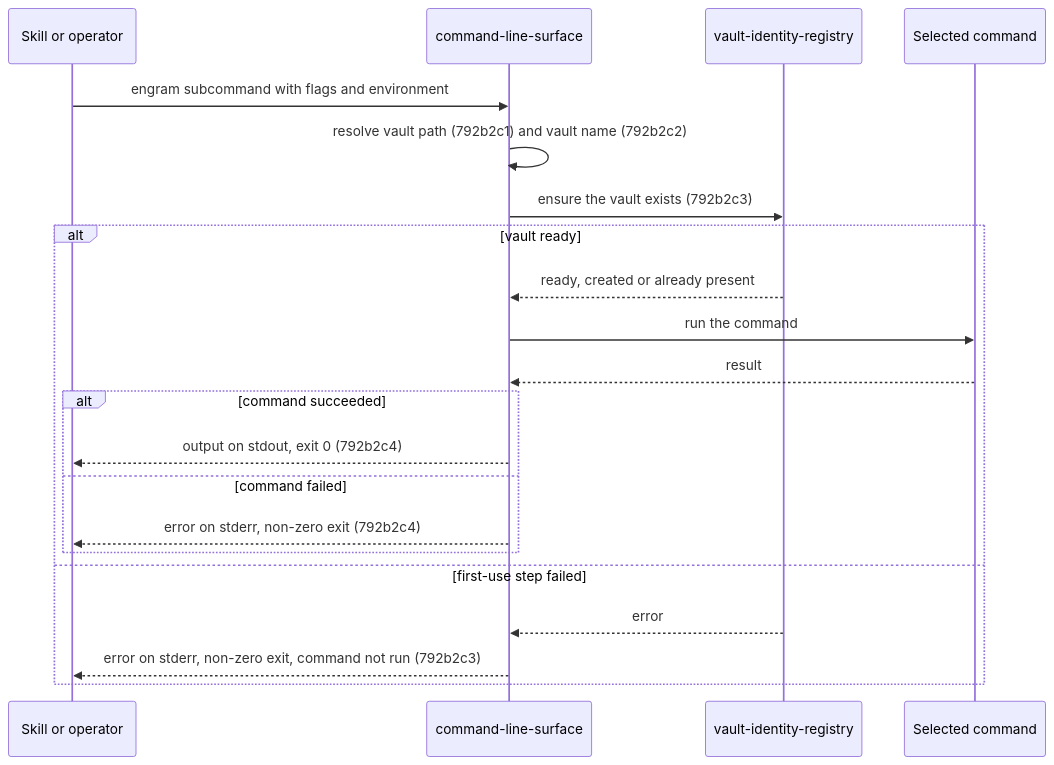
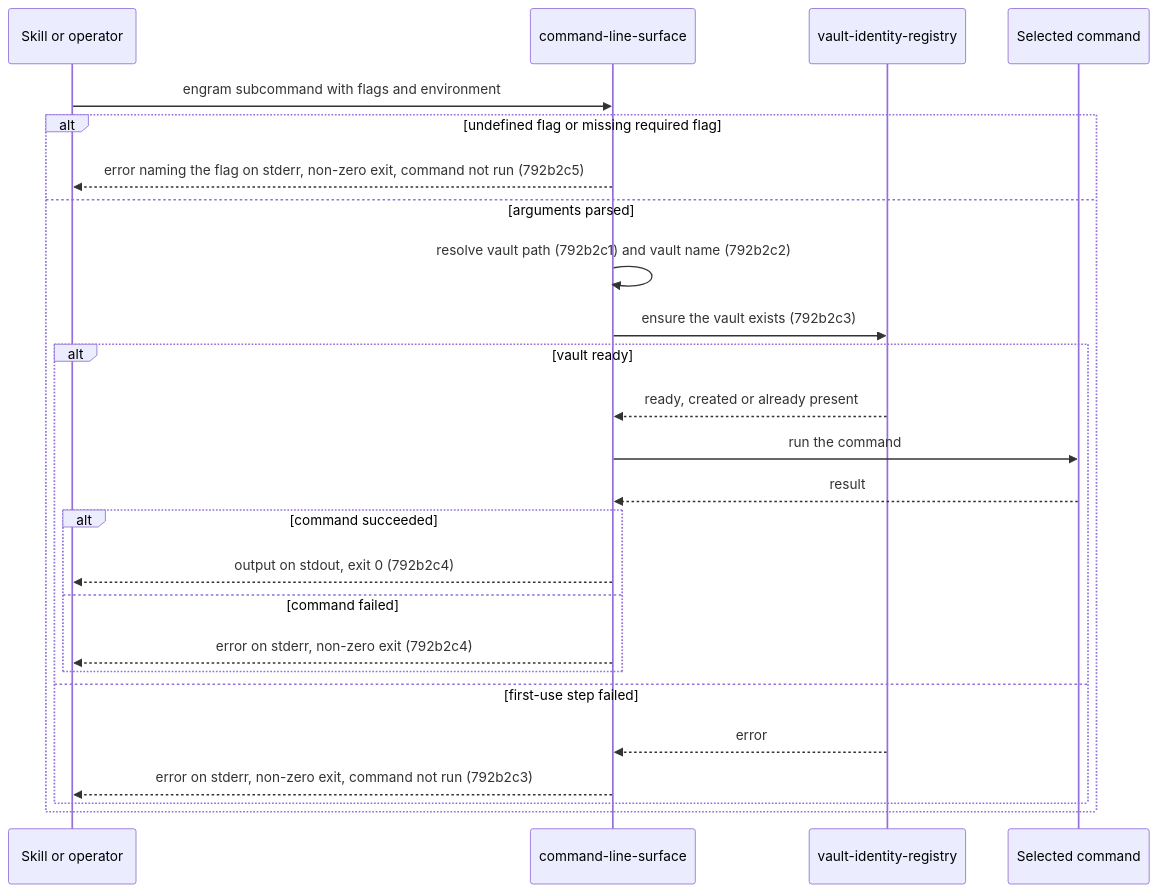
Before and after one commit to toejough/engram: the first of 5 diagrams in docs/changes/792_documentation-framework-adoption/792b_technical-spec.md, drawn with Mermaid. The commit also changed other lines of this file and 16 other files, not shown here.

````diff
--- a/docs/changes/792_documentation-framework-adoption/792b_technical-spec.md
+++ b/docs/changes/792_documentation-framework-adoption/792b_technical-spec.md
@@ -66,23 +66,27 @@
 ```mermaid
 sequenceDiagram
   participant Caller as Skill or operator
   participant CLI as command-line-surface
   participant Registry as vault-identity-registry
   participant Command as Selected command
   Caller->>CLI: engram subcommand with flags and environment
-  CLI->>CLI: resolve vault path (792b2c1) and vault name (792b2c2)
-  CLI->>Registry: ensure the vault exists (792b2c3)
-  alt vault ready
-    Registry-->>CLI: ready, created or already present
-    CLI->>Command: run the command
-    Command-->>CLI: result
-    alt command succeeded
-      CLI-->>Caller: output on stdout, exit 0 (792b2c4)
-    else command failed
-      CLI-->>Caller: error on stderr, non-zero exit (792b2c4)
+  alt undefined flag or missing required flag
+    CLI-->>Caller: error naming the flag on stderr, non-zero exit, command not run (792b2c5)
+  else arguments parsed
+    CLI->>CLI: resolve vault path (792b2c1) and vault name (792b2c2)
+    CLI->>Registry: ensure the vault exists (792b2c3)
+    alt vault ready
+      Registry-->>CLI: ready, created or already present
+      CLI->>Command: run the command
+      Command-->>CLI: result
+      alt command succeeded
+        CLI-->>Caller: output on stdout, exit 0 (792b2c4)
+      else command failed
+        CLI-->>Caller: error on stderr, non-zero exit (792b2c4)
+      end
+    else first-use step failed
+      Registry-->>CLI: error
+      CLI-->>Caller: error on stderr, non-zero exit, command not run (792b2c3)
     end
-  else first-use step failed
-    Registry-->>CLI: error
-    CLI-->>Caller: error on stderr, non-zero exit, command not run (792b2c3)
   end
 ```
````
